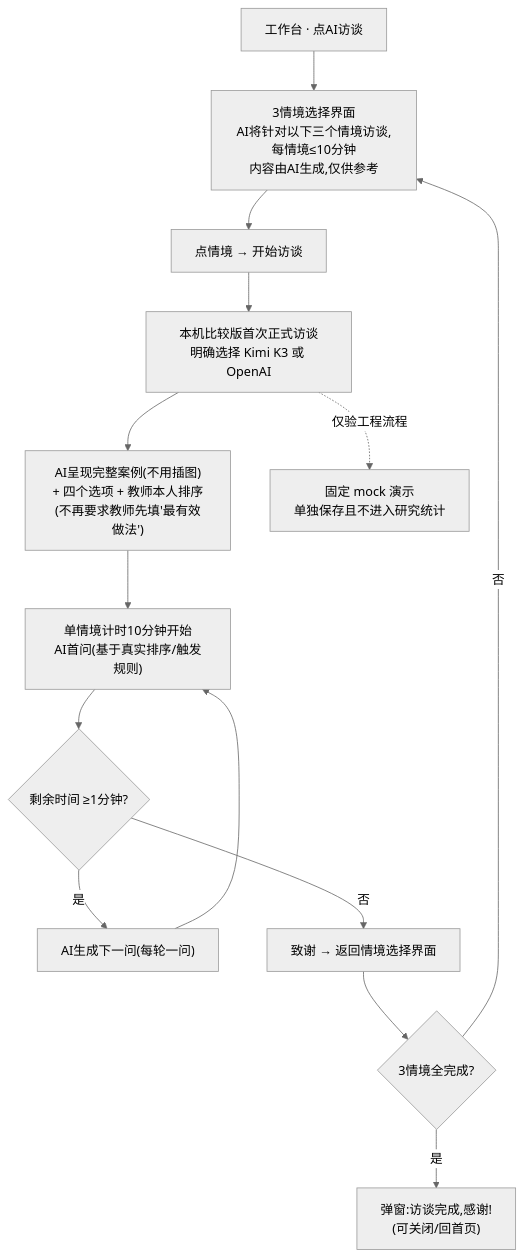
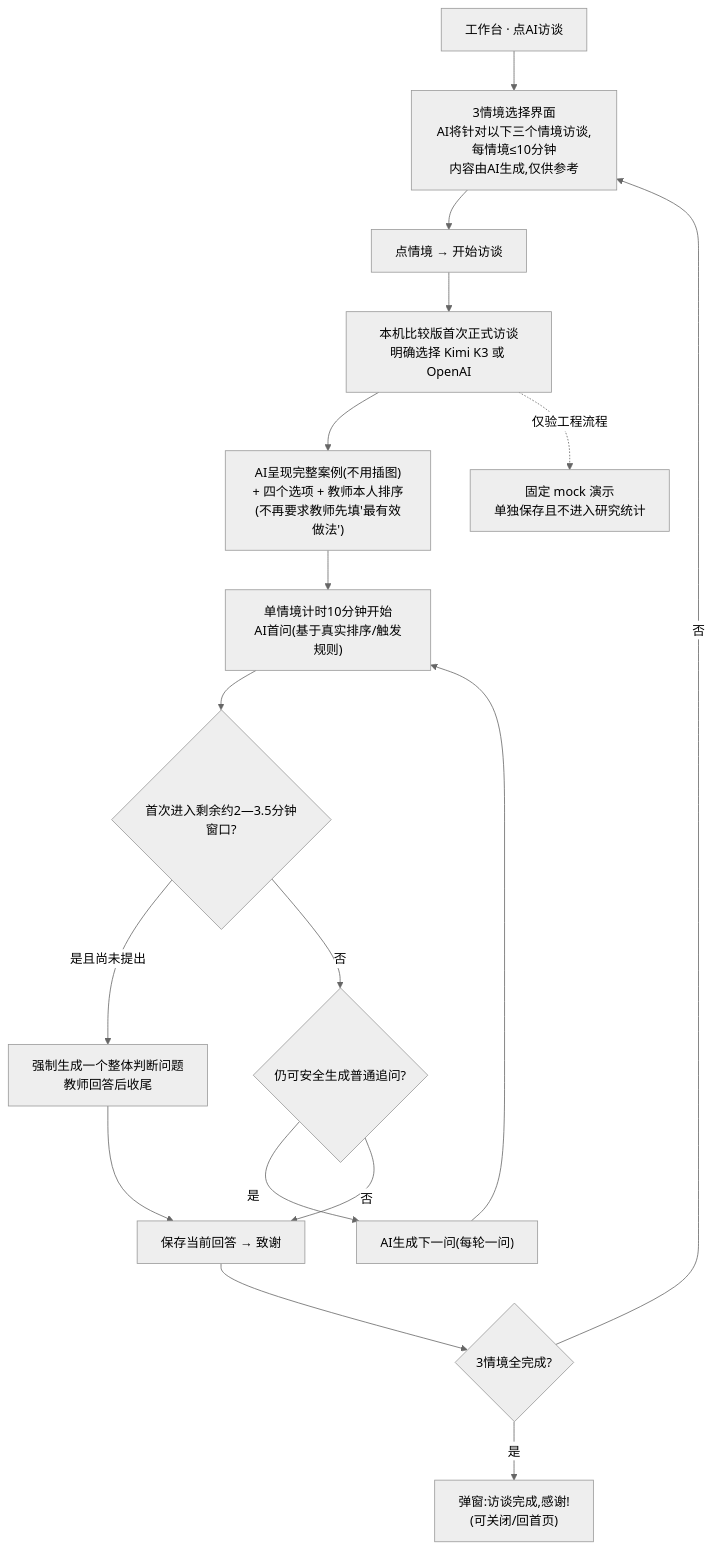
Before and after one commit to norazhu1013-blip/tcim-interview-website: the third of 3 diagrams in 设计文档.md, drawn with Mermaid (neutral theme). The commit also changed other lines of this file and 13 other files, not shown here.

````diff
--- a/设计文档.md
+++ b/设计文档.md
@@ -219,16 +219,19 @@
 ```mermaid
 flowchart TD
   A["工作台 · 点AI访谈"] --> B["3情境选择界面<br/>AI将针对以下三个情境访谈,每情境≤10分钟<br/>内容由AI生成,仅供参考"]
   B --> C["点情境 → 开始访谈"]
   C --> M["本机比较版首次正式访谈<br/>明确选择 Kimi K3 或 OpenAI"]
   M --> D["AI呈现完整案例(不用插图)<br/>+ 四个选项 + 教师本人排序<br/>(不再要求教师先填'最有效做法')"]
   M -.->|仅验工程流程| X["固定 mock 演示<br/>单独保存且不进入研究统计"]
   D --> E["单情境计时10分钟开始<br/>AI首问(基于真实排序/触发规则)"]
-  E --> F{"剩余时间 ≥1分钟?"}
-  F -->|"是"| G["AI生成下一问(每轮一问)"]
-  G --> E
-  F -->|"否"| H["致谢 → 返回情境选择界面"]
+  E --> F{"首次进入剩余约2—3.5分钟窗口?"}
+  F -->|"是且尚未提出"| K["强制生成一个整体判断问题<br/>教师回答后收尾"]
+  F -->|"否"| G{"仍可安全生成普通追问?"}
+  G -->|"是"| L["AI生成下一问(每轮一问)"]
+  L --> E
+  G -->|"否"| H["保存当前回答 → 致谢"]
+  K --> H
   H --> I{"3情境全完成?"}
   I -->|"否"| B
   I -->|"是"| J["弹窗:访谈完成,感谢!<br/>(可关闭/回首页)"]
 ```
````
